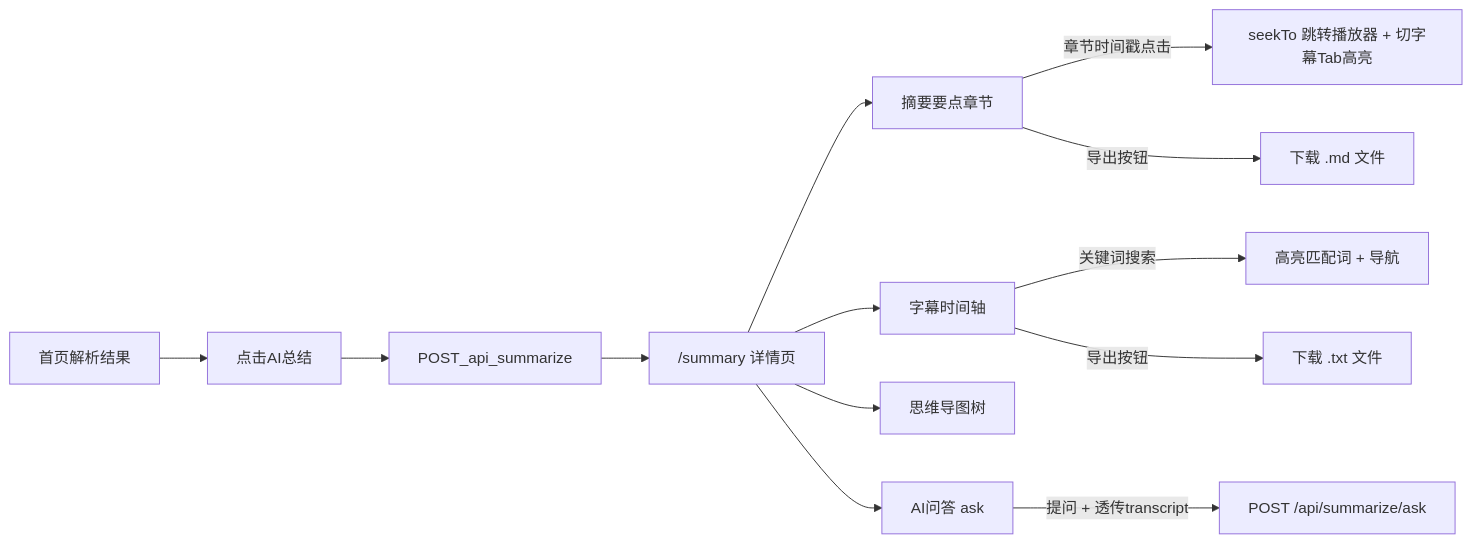
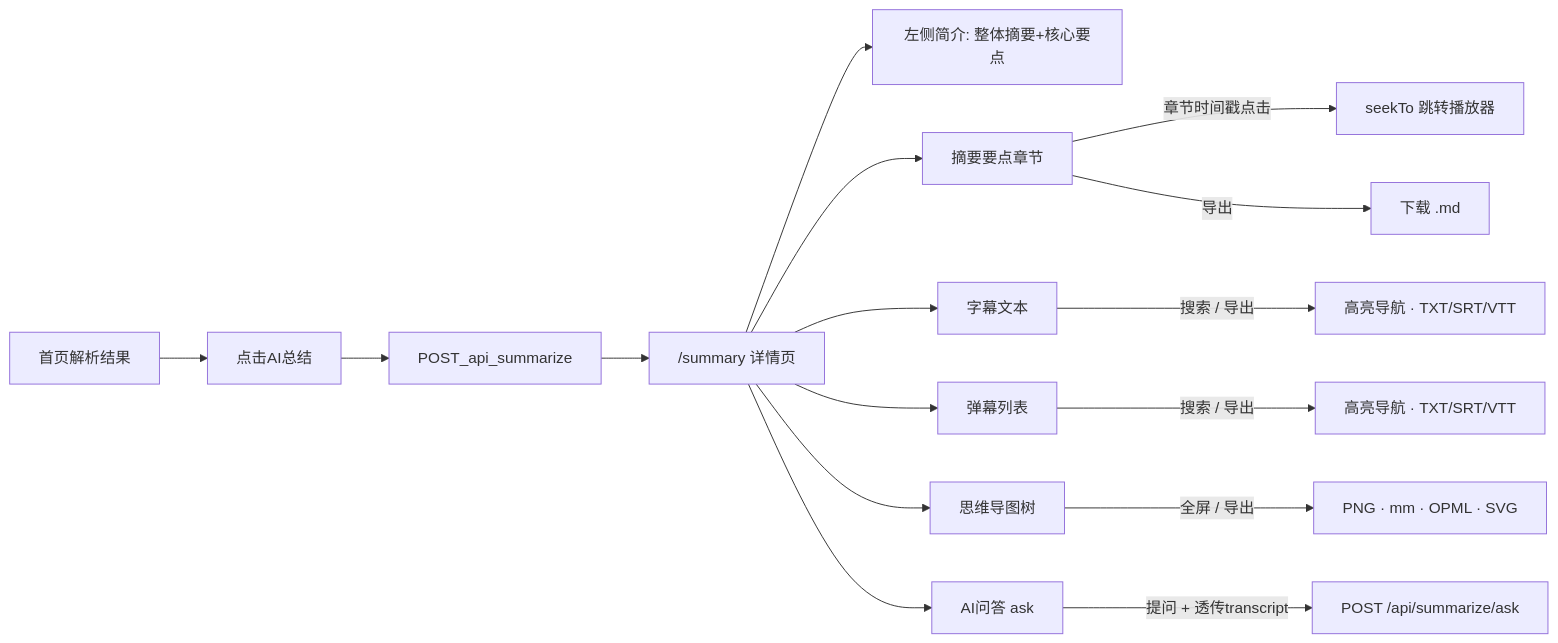
The diagram in docs/AI视频总结方案.md (186846/luli_video_download), drawn with Mermaid before and after one commit. The commit also changed other lines of this file and 15 other files, not shown here.

First line of the commit message:
增强 AI 总结详情页体验：左侧简介、多格式导出与思维导图互通。

````diff
--- a/docs/AI视频总结方案.md
+++ b/docs/AI视频总结方案.md
@@ -36,15 +39,18 @@
 ```mermaid
 flowchart LR
   Home[首页解析结果] --> Click[点击AI总结]
   Click --> API[POST_api_summarize]
   API --> Page["/summary 详情页"]
+  Page --> Side[左侧简介: 整体摘要+核心要点]
   Page --> T1[摘要要点章节]
-  Page --> T2[字幕时间轴]
+  Page --> T2[字幕文本]
+  Page --> T2b[弹幕列表]
   Page --> T3[思维导图树]
   Page --> T4[AI问答 ask]
-  T1 -->|章节时间戳点击| Seek[seekTo 跳转播放器 + 切字幕Tab高亮]
-  T1 -->|导出按钮| ExportMD[下载 .md 文件]
-  T2 -->|关键词搜索| Highlight[高亮匹配词 + 导航]
-  T2 -->|导出按钮| ExportTXT[下载 .txt 文件]
+  T1 -->|章节时间戳点击| Seek[seekTo 跳转播放器]
+  T1 -->|导出| ExportMD[下载 .md]
+  T2 -->|搜索 / 导出| SubOut[高亮导航 · TXT/SRT/VTT]
+  T2b -->|搜索 / 导出| DmOut[高亮导航 · TXT/SRT/VTT]
+  T3 -->|全屏 / 导出| MmOut[PNG · mm · OPML · SVG]
   T4 -->|提问 + 透传transcript| AskAPI["POST /api/summarize/ask"]
 ```
````
